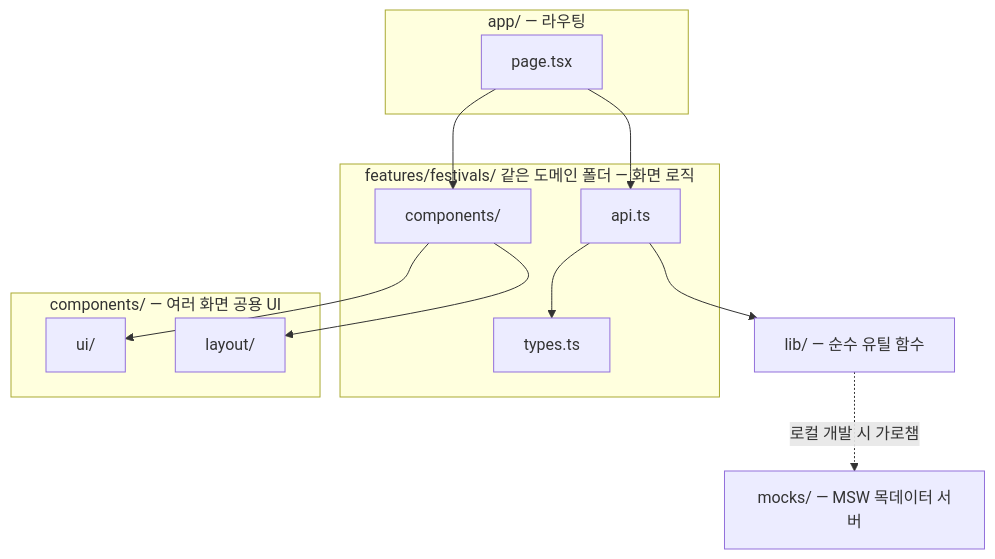
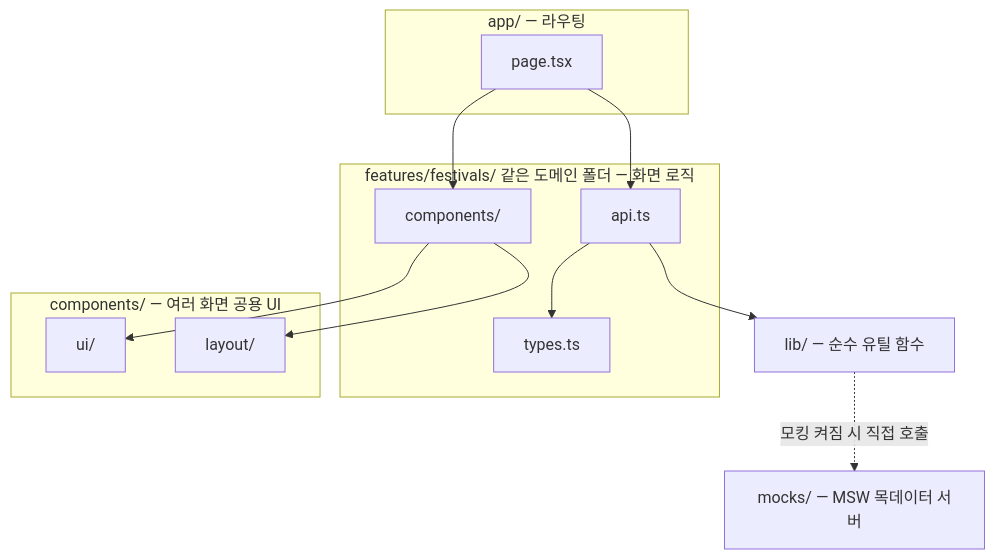
The first of 3 diagrams in docs/architecture.md (greedy-team/festa-frontend), drawn with Mermaid before and after one commit. The commit also changed other lines of this file and 5 other files, not shown here.

````diff
--- a/docs/architecture.md
+++ b/docs/architecture.md
@@ -20,25 +20,25 @@
 ```mermaid
 flowchart TB
     subgraph AppLayer["app/  — 라우팅"]
         Page["page.tsx"]
     end
     subgraph FeatureLayer["features/festivals/ 같은 도메인 폴더 — 화면 로직"]
         Api["api.ts"]
         Comp["components/"]
         Types["types.ts"]
     end
     subgraph SharedLayer["components/ — 여러 화면 공용 UI"]
         Ui["ui/"]
         Layout["layout/"]
     end
     Lib["lib/ — 순수 유틸 함수"]
     Mocks["mocks/ — MSW 목데이터 서버"]
 
     Page --> Api
     Page --> Comp
     Comp --> Ui
     Comp --> Layout
     Api --> Lib
     Api --> Types
-    Lib -.->|로컬 개발 시 가로챔| Mocks
+    Lib -.->|모킹 켜짐 시 직접 호출| Mocks
 ```
````
